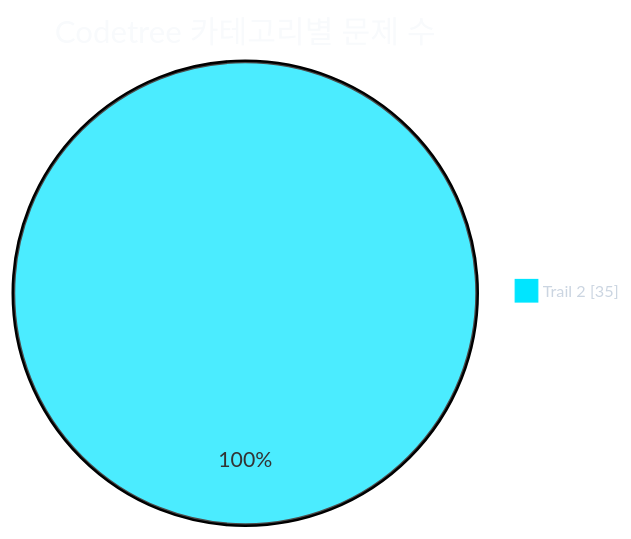
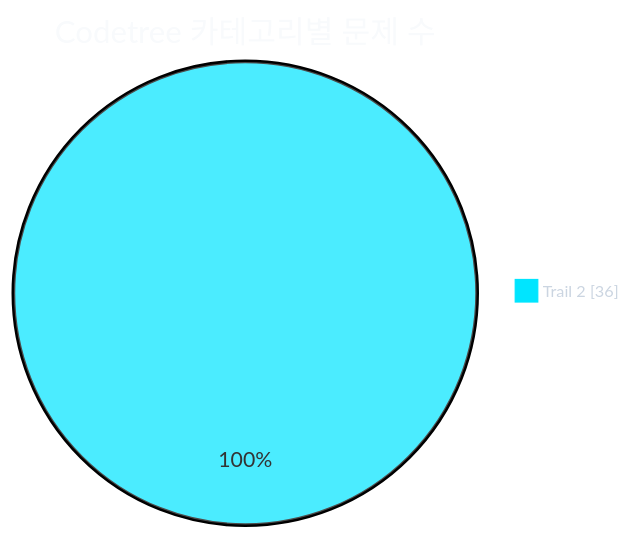
Before and after one commit to CHOOSLA/Algorithm: the first of 2 diagrams in readme.md, drawn with Mermaid. The commit also changed other lines of this file and 2 other files, not shown here.

````diff
--- a/readme.md
+++ b/readme.md
@@ -31,21 +31,21 @@
 ```mermaid
 ---
 config:
   theme: base
   themeVariables:
     background: '#0d1117'
     pieTitleTextColor: '#f8fafc'
     pieLegendTextColor: '#cbd5e1'
     pieLegendTextSize: '13px'
     pie1: '#00e5ff'
     pie2: '#22c55e'
     pie3: '#f59e0b'
     pie4: '#a855f7'
     pie5: '#ec4899'
     pie6: '#3b82f6'
     pie7: '#64748b'
 ---
 pie showData
   title Codetree 카테고리별 문제 수
-  "Trail 2" : 35
+  "Trail 2" : 36
 ```
````
